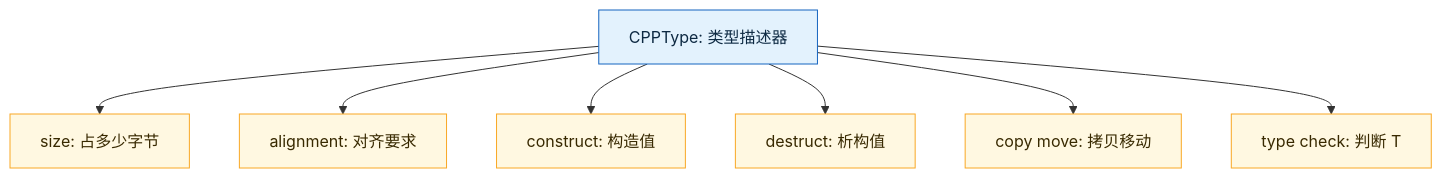
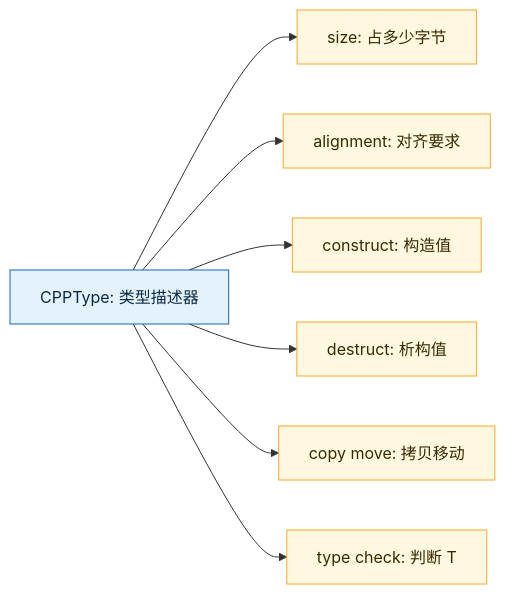
Before and after one commit to yunkezengren/blender-.vscode: the seventh of 11 diagrams in 杂/markdown/space_spreadsheet/16-ColumnValues-GVArray-CPPType-GPointer-IndexMask关系.md, drawn with Mermaid. The commit also changed other lines of this file and 3 other files, not shown here.

````diff
--- a/杂/markdown/space_spreadsheet/16-ColumnValues-GVArray-CPPType-GPointer-IndexMask关系.md
+++ b/杂/markdown/space_spreadsheet/16-ColumnValues-GVArray-CPPType-GPointer-IndexMask关系.md
@@ -281,14 +545,14 @@
 ```mermaid
-graph TD
+graph LR
     A["CPPType: 类型描述器"] --> B["size: 占多少字节"]
     A --> C["alignment: 对齐要求"]
     A --> D["construct: 构造值"]
     A --> E["destruct: 析构值"]
     A --> F["copy move: 拷贝移动"]
     A --> G["type check: 判断 T"]
 
     classDef core fill:#e3f2fd,stroke:#1565c0,color:#0d2942;
     classDef op fill:#fff8e1,stroke:#f9a825,color:#382900;
     class A core;
     class B,C,D,E,F,G op;
 ```
````
